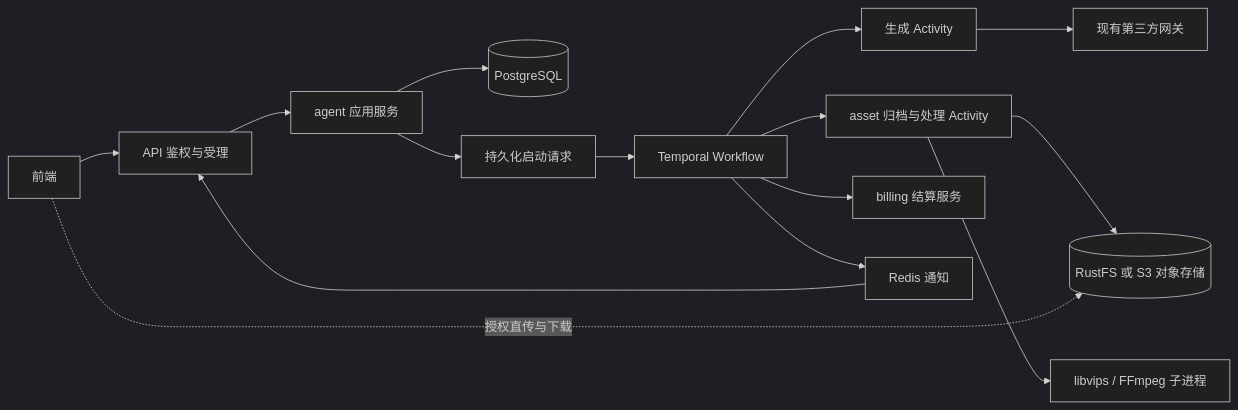
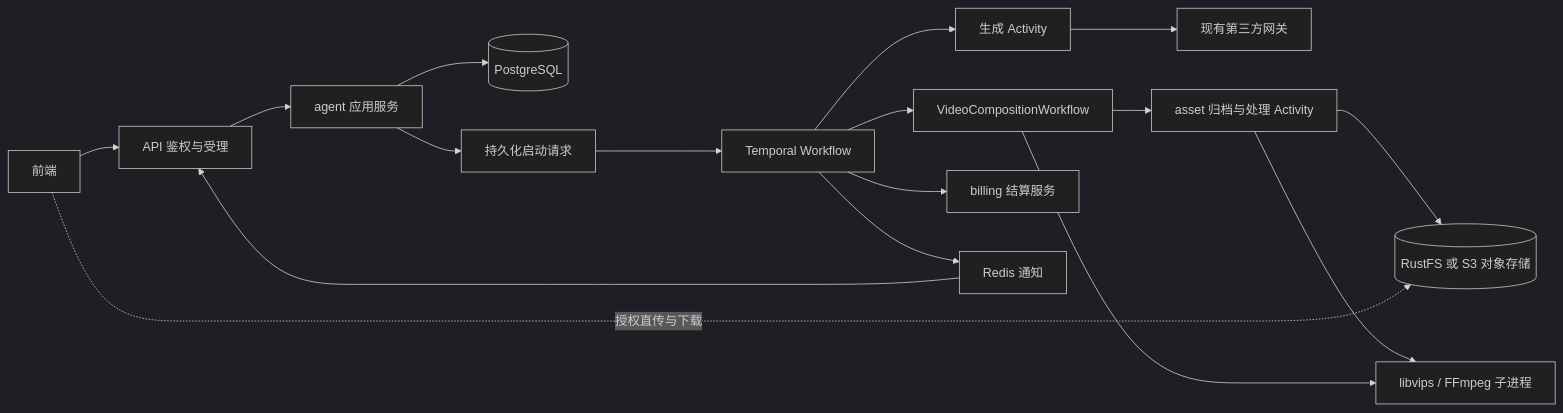
The diagram in docs/MEDIA_PIPELINE_DESIGN.md (AspirinMX/VisionForge), drawn with Mermaid (dark theme) before and after one commit. The commit also changed other lines of this file and 2 other files, not shown here.

````diff
--- a/docs/MEDIA_PIPELINE_DESIGN.md
+++ b/docs/MEDIA_PIPELINE_DESIGN.md
@@ -284,17 +285,19 @@
 ```mermaid
 flowchart LR
     UI[前端] --> API[API 鉴权与受理]
     API --> APP[agent 应用服务]
     APP --> DB[(PostgreSQL)]
     APP --> START[持久化启动请求]
     START --> TW[Temporal Workflow]
     TW --> GEN[生成 Activity]
     GEN --> GW[现有第三方网关]
-    TW --> ASSET[asset 归档与处理 Activity]
+    TW --> COMP[VideoCompositionWorkflow]
+    COMP --> ASSET[asset 归档与处理 Activity]
     ASSET --> S3[(RustFS 或 S3 对象存储)]
     ASSET --> PROC[libvips / FFmpeg 子进程]
+    COMP --> PROC
     TW --> BILL[billing 结算服务]
     TW --> REDIS[Redis 通知]
     REDIS --> API
     UI -.授权直传与下载.-> S3
 ```
````
